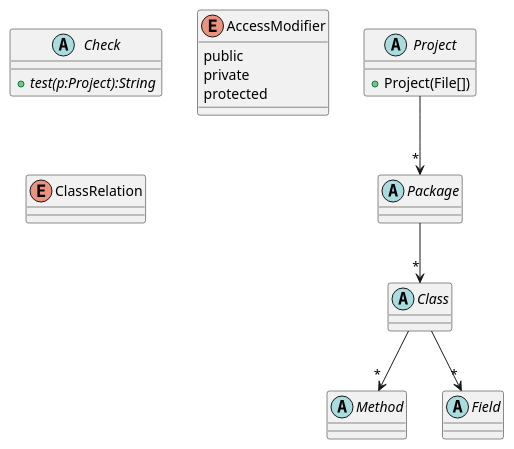
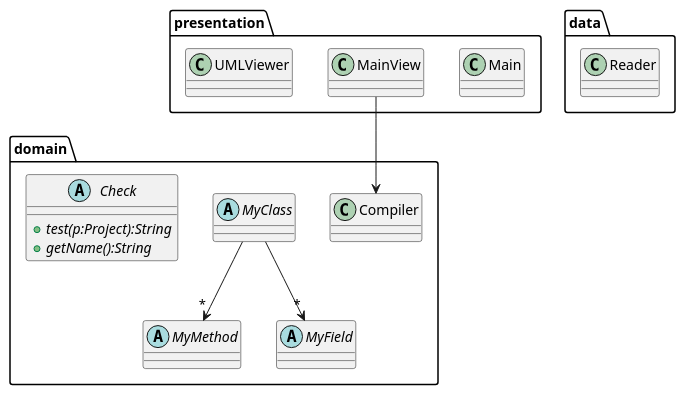
Before and after one commit to 17hsteward/linter-project: the diagram in design.puml, drawn with PlantUML. The commit also changed 2 other files, not shown here.

Commit message:
update uml, method chaining
Remove java function or java type checking in method chaining.

```diff
--- a/design.puml
+++ b/design.puml
@@ -1,42 +1,50 @@
 @startuml
-abstract class Project{
-+Project(File[])
-}
-abstract class Package{
 
+package presentation{
+	class Main{
+	
+	}
+	
+	class MainView{}
+	
+	class UMLViewer{}
+	
 }
 
-abstract class Class{
+package domain{
 
+	class Compiler{
+	
+	}
+	
+	abstract class MyClass{
+	
+	}
+	
+	abstract class MyMethod{
+	
+	}
+	
+	abstract class MyField{
+	
+	}
+	
+	abstract class Check{
+		+{abstract}test(p:Project):String
+		+{abstract}getName():String
+	}
+	
 }
 
-abstract class Method{
-
+package data{
+	class Reader{
+	
+	}
 }
 
-abstract class Field{
-
-}
-
-abstract class Check{
-+{abstract}test(p:Project):String
-}
-
-enum AccessModifier{
-public
-private
-protected
-}
-
-enum ClassRelation{
-
-}
-
-Project-->"*"Package
-Package-->"*"Class
-Class-->"*"Method
-Class-->"*"Field
-
+MyClass-->"*"MyMethod
+MyClass-->"*"MyField
+MainView-->Compiler
 
 
 @enduml
```
